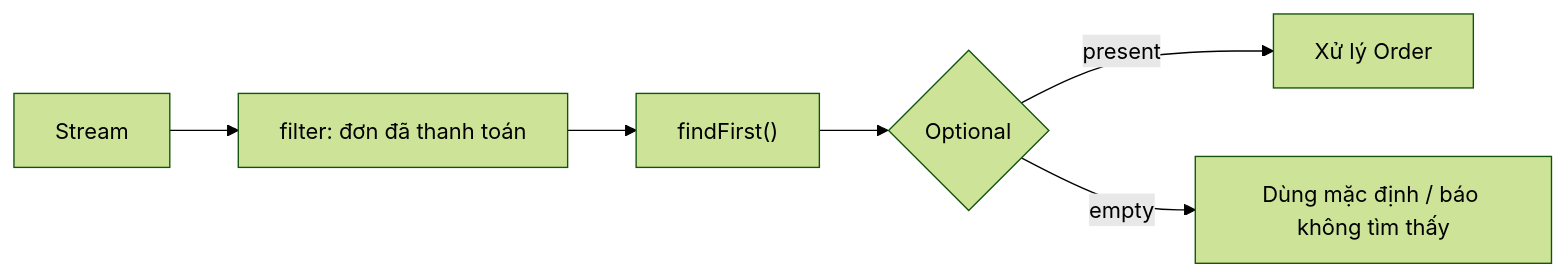
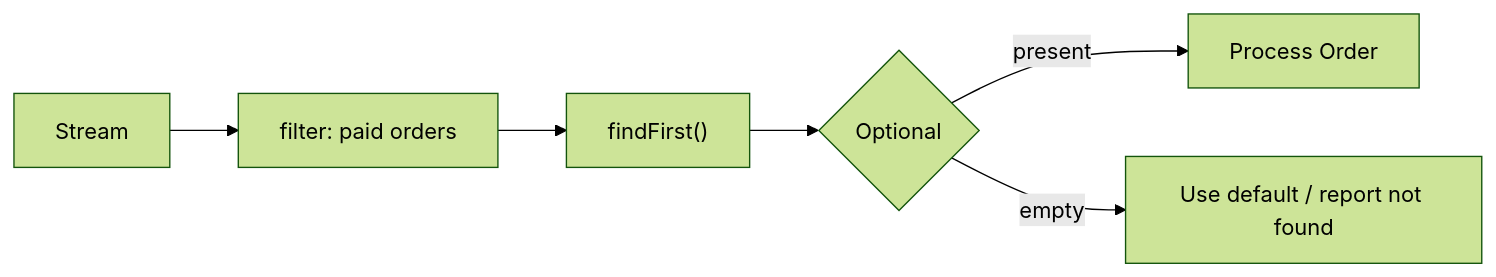
The diagram in module/platform/development/programming/language/java/core/stream-api/content/knowledge/en/11.optional-stream-results/optional-stream-results-001.md (phuongnguyenit93/learning-platform-data), drawn with Mermaid (forest theme) before and after one commit. The commit also changed other lines of this file and 2307 other files, not shown here.

```diff
--- a/module/platform/development/programming/language/java/core/stream-api/content/knowledge/en/11.optional-stream-results/optional-stream-results-001.md
+++ b/module/platform/development/programming/language/java/core/stream-api/content/knowledge/en/11.optional-stream-results/optional-stream-results-001.md
@@ -32,8 +32,8 @@
 ~~~mermaid
 flowchart LR
-    A["Stream<Order>"] --> B["filter: đơn đã thanh toán"]
+    A["Stream<Order>"] --> B["filter: paid orders"]
     B --> C["findFirst()"]
     C --> D{"Optional<Order>"}
-    D -->|"present"| E["Xử lý Order"]
-    D -->|"empty"| F["Dùng mặc định / báo không tìm thấy"]
+    D -->|"present"| E["Process Order"]
+    D -->|"empty"| F["Use default / report not found"]
 ~~~
```
